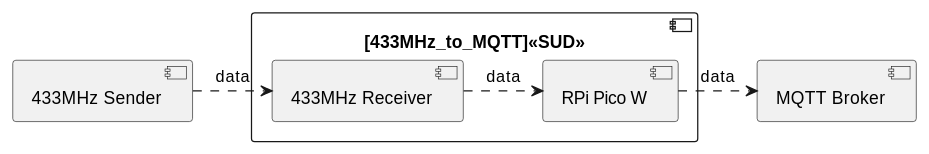
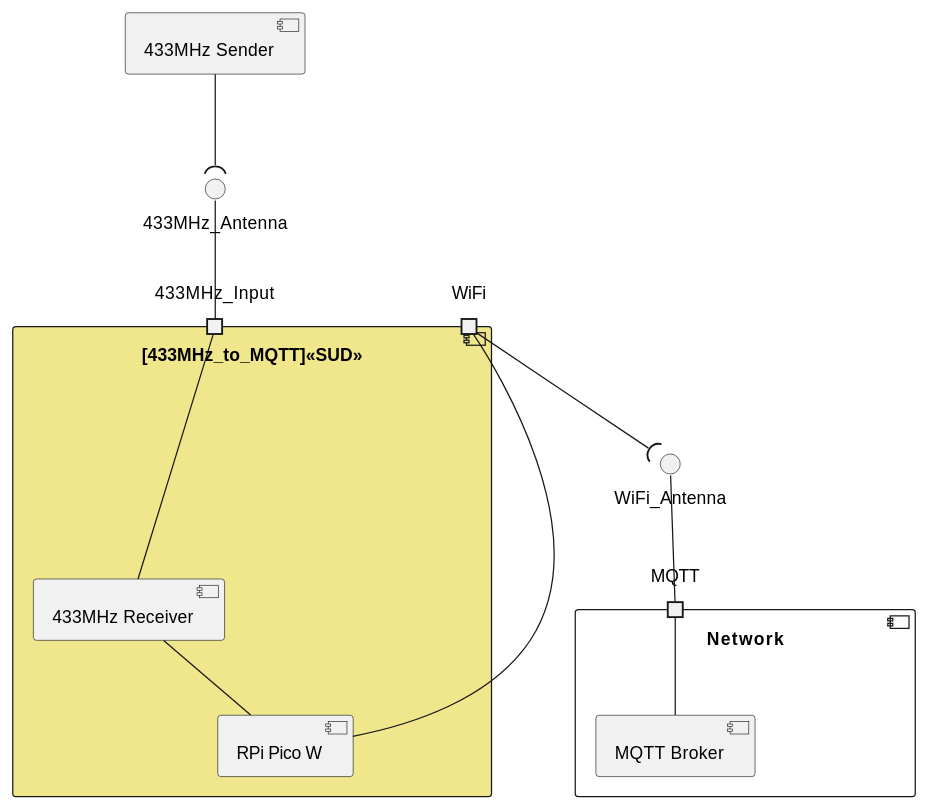
One commit to erichstuder/433MHz_to_MQTT changed the diagram in doc/source/doc.rst. Above: the diagram before and after it, drawn with PlantUML.

Commit message:
Added more stuff to diagramm. But it is baaaad looking now.

```diff
--- a/doc/source/doc.rst
+++ b/doc/source/doc.rst
@@ -6,18 +6,23 @@
 .. uml::
-
    @startuml
-   skinparam component<<SUD>> {
-     BackgroundColor Khaki
-   }
-
    component [433MHz Sender]
-   component [MQTT Broker]
-   component [433MHz_to_MQTT]<<SUD>> {
+   component [433MHz_to_MQTT]<<SUD>> #Khaki {
+      port 433MHz_Input
+      port WiFi
       component [433MHz Receiver]
       component [RPi Pico W]
    }
+   component [Network] {
+      component [MQTT Broker]
+      port MQTT
+   }
 
-   [433MHz Sender] .r.> [433MHz Receiver] : data
-   [433MHz Receiver] .r.> [RPi Pico W] : data
-   [RPi Pico W] .r.> [MQTT Broker] : data
+   [433MHz Sender] --( 433MHz_Antenna
+   433MHz_Antenna -- 433MHz_Input
+   433MHz_Input -- [433MHz Receiver]
+   [433MHz Receiver] -- [RPi Pico W]
+   [RPi Pico W] -- WiFi
+   WiFi --( WiFi_Antenna
+   WiFi_Antenna -- MQTT
+   MQTT -- [MQTT Broker]
    @enduml
```
